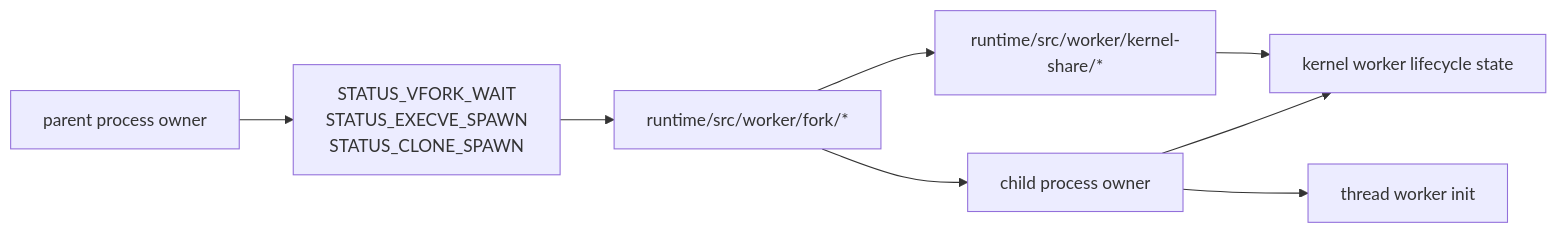
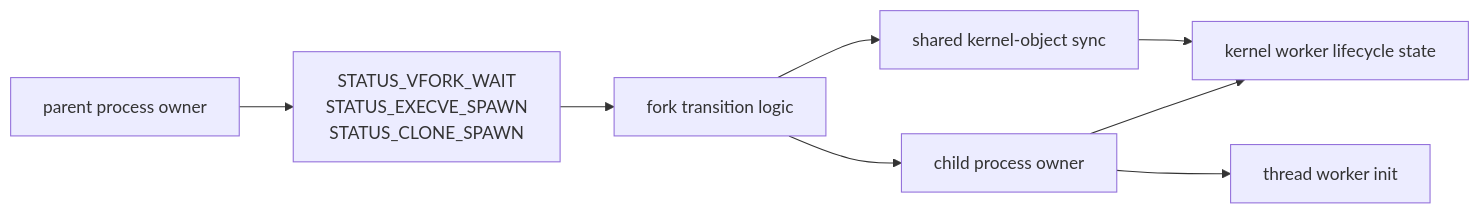
Before and after one commit to tidemarksh/docs: the sixth of 6 diagrams in docs/architecture/execution-architecture.md, drawn with Mermaid. The commit also changed other lines of this file and 7 other files, not shown here.

````diff
--- a/docs/architecture/execution-architecture.md
+++ b/docs/architecture/execution-architecture.md
@@ -199,18 +191,18 @@
 ```mermaid
 flowchart LR
   Parent["parent process owner"]
   Status["STATUS_VFORK_WAIT<br/>STATUS_EXECVE_SPAWN<br/>STATUS_CLONE_SPAWN"]
-  ForkModule["runtime/src/worker/fork/*"]
-  KernelShare["runtime/src/worker/kernel-share/*"]
+  ForkModule["fork transition logic"]
+  KernelShare["shared kernel-object sync"]
   KernelWorker["kernel worker lifecycle state"]
   Child["child process owner"]
   Thread["thread worker init"]
 
   Parent --> Status
   Status --> ForkModule
   ForkModule --> KernelShare
   KernelShare --> KernelWorker
   ForkModule --> Child
   Child --> Thread
   Child --> KernelWorker
 ```
````
